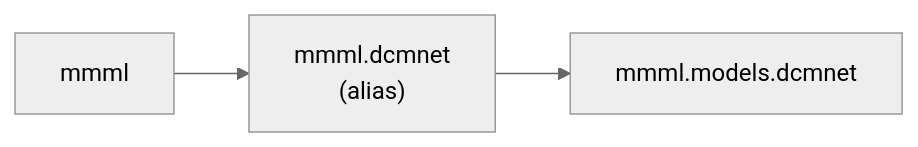
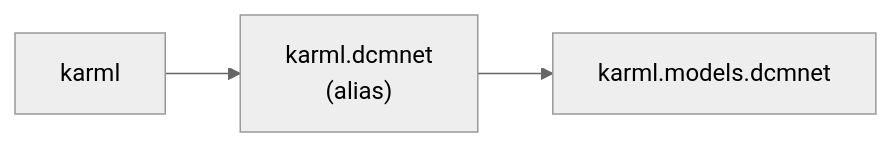
Before and after one commit to EricBoittier/mmml: the third of 8 diagrams in docs/package-architecture.md, drawn with Mermaid (neutral theme). The commit also changed other lines of this file and 2421 other files, not shown here.

First line of the commit message:
Refactor project references from MMML to KARML

````diff
--- a/docs/package-architecture.md
+++ b/docs/package-architecture.md
@@ -120,6 +120,6 @@
 ```mermaid
 flowchart LR
-  ROOT["mmml"]
-  ROOT --> DC["mmml.dcmnet\n(alias)"]
-  DC --> DCM["mmml.models.dcmnet"]
+  ROOT["karml"]
+  ROOT --> DC["karml.dcmnet\n(alias)"]
+  DC --> DCM["karml.models.dcmnet"]
 ```
````
